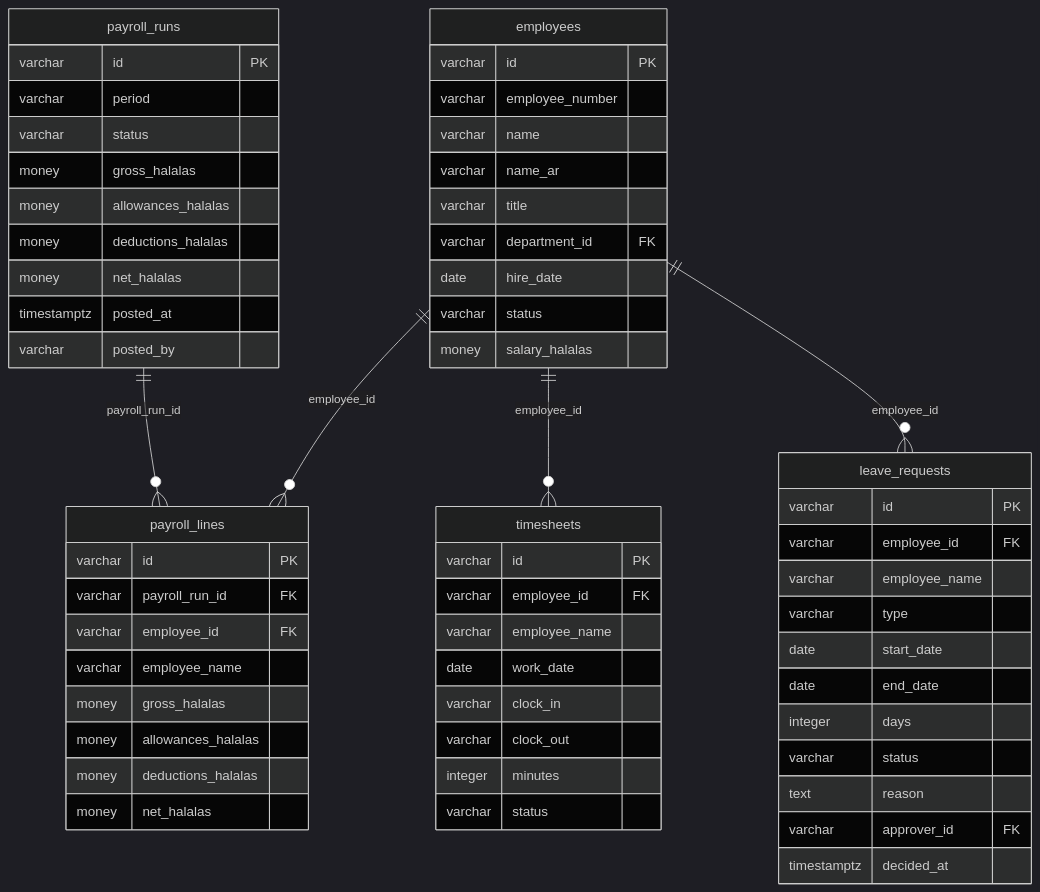
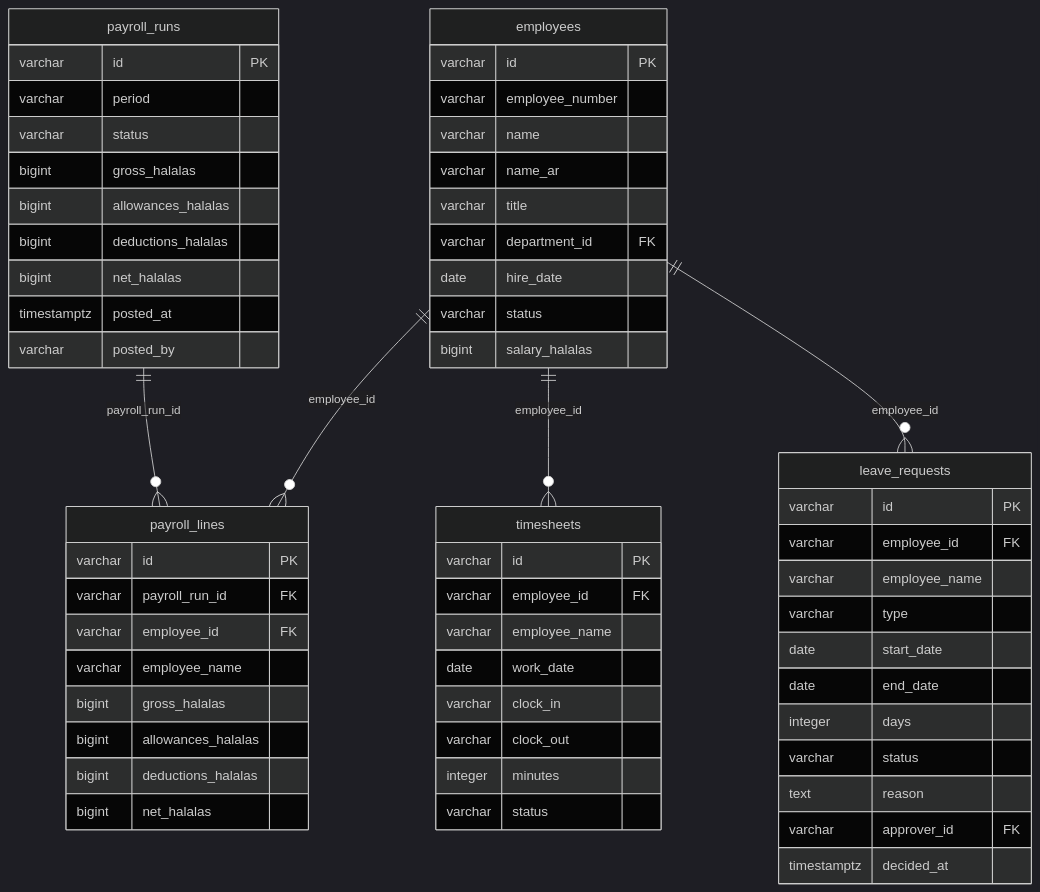
One commit to tazamohd/SlClNe changed the diagram in docs/33_MASTER_DIAGRAM_LIBRARY/ERD/HR_ERD.md. Above: the diagram before and after it, drawn with Mermaid (dark theme). The commit also changed 76 other files, not shown here.

````diff
--- a/docs/33_MASTER_DIAGRAM_LIBRARY/ERD/HR_ERD.md
+++ b/docs/33_MASTER_DIAGRAM_LIBRARY/ERD/HR_ERD.md
@@ -15,62 +15,62 @@
 ```mermaid
 erDiagram
   employees {
     varchar id PK
     varchar employee_number
     varchar name
     varchar name_ar
     varchar title
     varchar department_id FK
     date hire_date
     varchar status
-    money salary_halalas
+    bigint salary_halalas
   }
   payroll_runs {
     varchar id PK
     varchar period
     varchar status
-    money gross_halalas
-    money allowances_halalas
-    money deductions_halalas
-    money net_halalas
+    bigint gross_halalas
+    bigint allowances_halalas
+    bigint deductions_halalas
+    bigint net_halalas
     timestamptz posted_at
     varchar posted_by
   }
   payroll_lines {
     varchar id PK
     varchar payroll_run_id FK
     varchar employee_id FK
     varchar employee_name
-    money gross_halalas
-    money allowances_halalas
-    money deductions_halalas
-    money net_halalas
+    bigint gross_halalas
+    bigint allowances_halalas
+    bigint deductions_halalas
+    bigint net_halalas
   }
   timesheets {
     varchar id PK
     varchar employee_id FK
     varchar employee_name
     date work_date
     varchar clock_in
     varchar clock_out
     integer minutes
     varchar status
   }
   leave_requests {
     varchar id PK
     varchar employee_id FK
     varchar employee_name
     varchar type
     date start_date
     date end_date
     integer days
     varchar status
     text reason
     varchar approver_id FK
     timestamptz decided_at
   }
   payroll_runs ||--o{ payroll_lines : "payroll_run_id"
   employees ||--o{ payroll_lines : "employee_id"
   employees ||--o{ timesheets : "employee_id"
   employees ||--o{ leave_requests : "employee_id"
 ```
````
